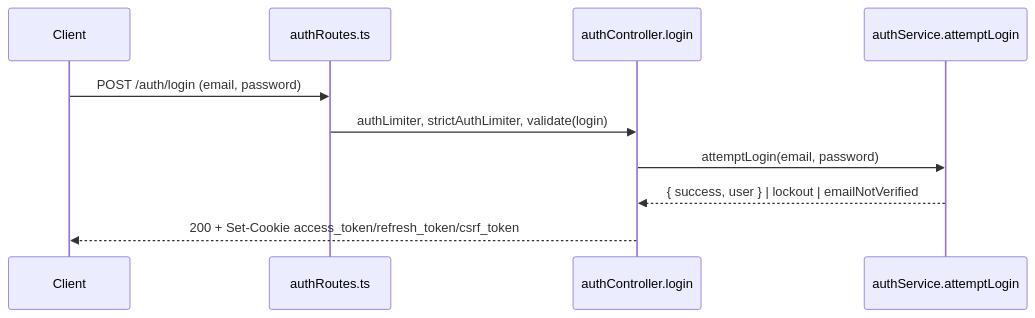
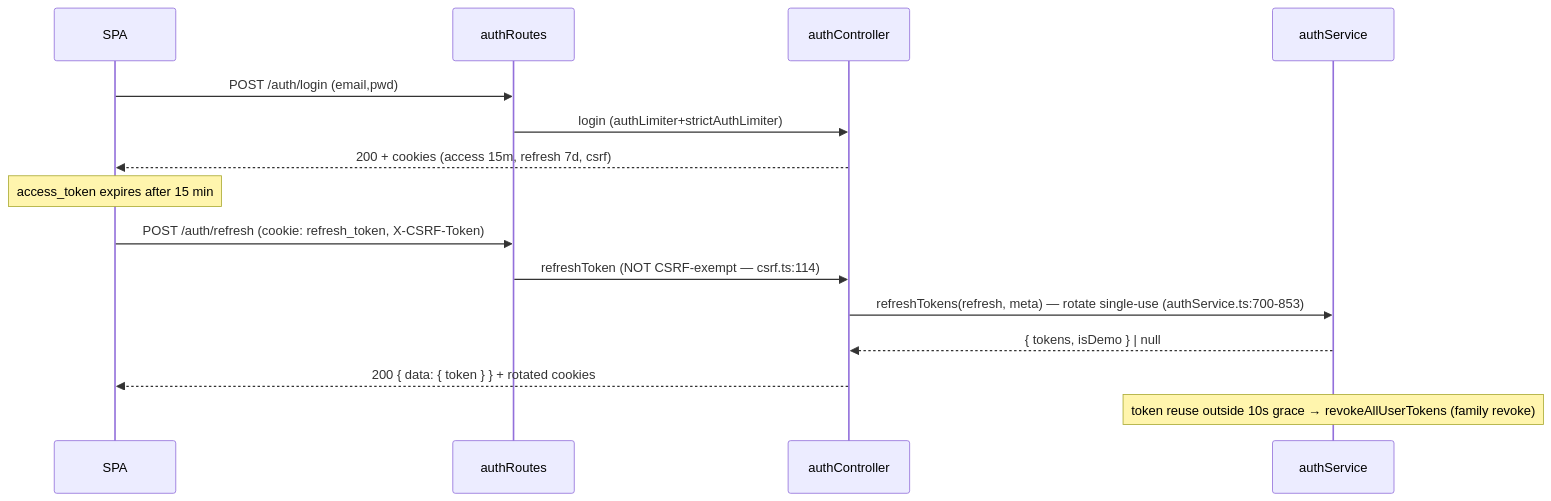
One commit to breilly1296/OwnMyHealth-Claude changed the first of 3 diagrams in New Project Documents/API_REFERENCE.md. Above: the diagram before and after it, drawn with Mermaid. The commit also changed other lines of this file and 146 other files, not shown here.

First line of the commit message:
docs: refresh doc set + reorg security reviews; add GTM, analysis, prompts

````diff
--- a/New Project Documents/API_REFERENCE.md
+++ b/New Project Documents/API_REFERENCE.md
@@ -384,12 +324,17 @@
 ```mermaid
 sequenceDiagram
-  participant C as Client
-  participant R as authRoutes.ts
-  participant Ctl as authController.login
-  participant S as authService.attemptLogin
-  C->>R: POST /auth/login (email, password)
-  R->>Ctl: authLimiter, strictAuthLimiter, validate(login)
-  Ctl->>S: attemptLogin(email, password)
-  S-->>Ctl: { success, user } | lockout | emailNotVerified
-  Ctl-->>C: 200 + Set-Cookie access_token/refresh_token/csrf_token
+  participant C as SPA
+  participant R as authRoutes
+  participant Ctl as authController
+  participant S as authService
+  C->>R: POST /auth/login (email,pwd)
+  R->>Ctl: login (authLimiter+strictAuthLimiter)
+  Ctl-->>C: 200 + cookies (access 15m, refresh 7d, csrf)
+  Note over C: access_token expires after 15 min
+  C->>R: POST /auth/refresh (cookie: refresh_token, X-CSRF-Token)
+  R->>Ctl: refreshToken (NOT CSRF-exempt — csrf.ts:114)
+  Ctl->>S: refreshTokens(refresh, meta) — rotate single-use (authService.ts:700-853)
+  S-->>Ctl: { tokens, isDemo } | null
+  Ctl-->>C: 200 { data: { token } } + rotated cookies
+  Note over S: token reuse outside 10s grace → revokeAllUserTokens (family revoke)
 ```
````
